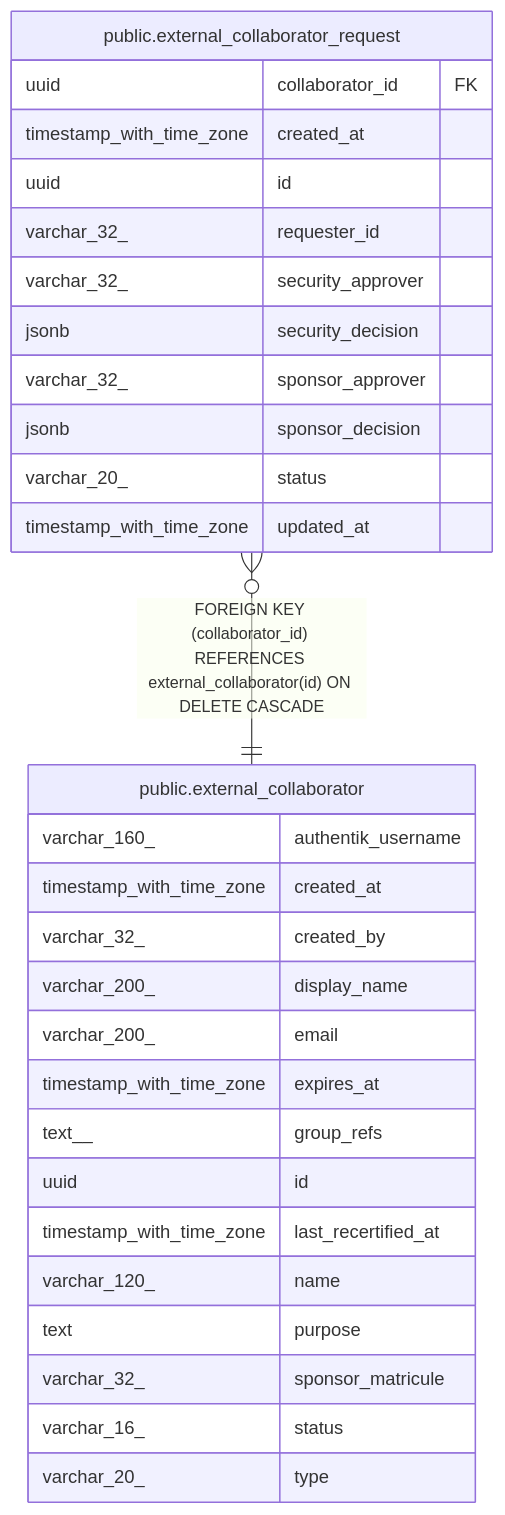
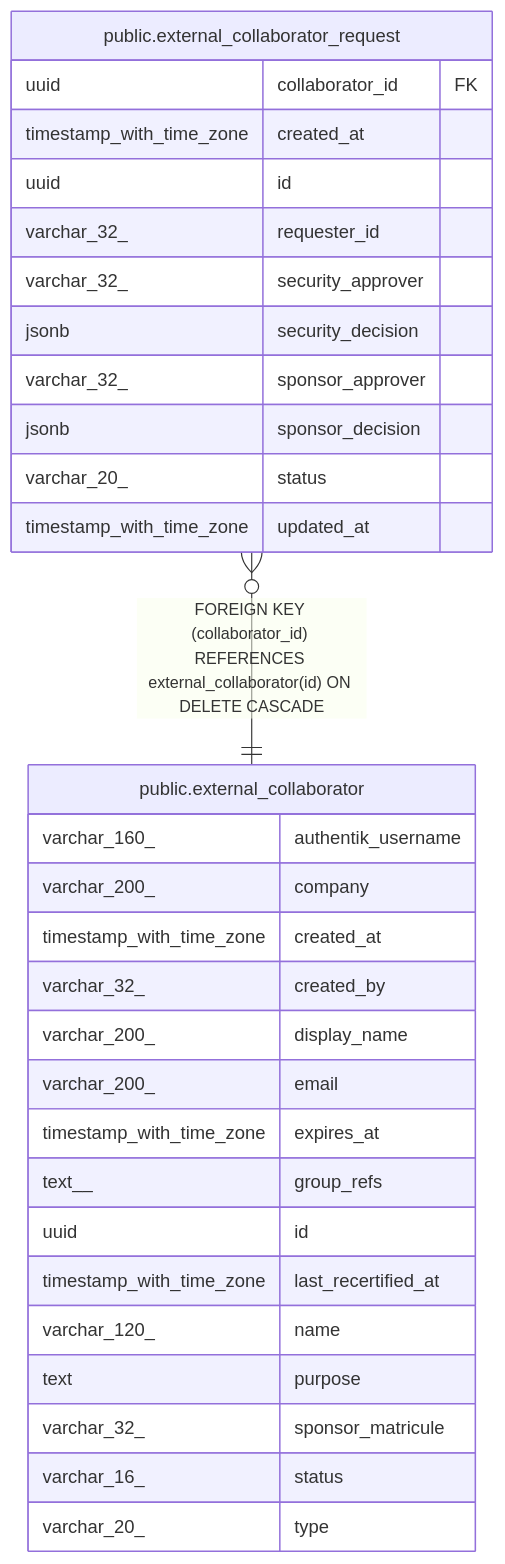
One commit to andrelair-platform/ktayl-iam changed the diagram in backend/docs/data-model/public.external_collaborator_request.md. Above: the diagram before and after it, drawn with Mermaid. The commit also changed 13 other files, not shown here.

````diff
--- a/backend/docs/data-model/public.external_collaborator_request.md
+++ b/backend/docs/data-model/public.external_collaborator_request.md
@@ -35,34 +35,35 @@
 ```mermaid
 erDiagram
 
 "public.external_collaborator_request" }o--|| "public.external_collaborator" : "FOREIGN KEY (collaborator_id) REFERENCES external_collaborator(id) ON DELETE CASCADE"
 
 "public.external_collaborator_request" {
   uuid collaborator_id FK
   timestamp_with_time_zone created_at
   uuid id
   varchar_32_ requester_id
   varchar_32_ security_approver
   jsonb security_decision
   varchar_32_ sponsor_approver
   jsonb sponsor_decision
   varchar_20_ status
   timestamp_with_time_zone updated_at
 }
 "public.external_collaborator" {
   varchar_160_ authentik_username
+  varchar_200_ company
   timestamp_with_time_zone created_at
   varchar_32_ created_by
   varchar_200_ display_name
   varchar_200_ email
   timestamp_with_time_zone expires_at
   text__ group_refs
   uuid id
   timestamp_with_time_zone last_recertified_at
   varchar_120_ name
   text purpose
   varchar_32_ sponsor_matricule
   varchar_16_ status
   varchar_20_ type
 }
 ```
````
